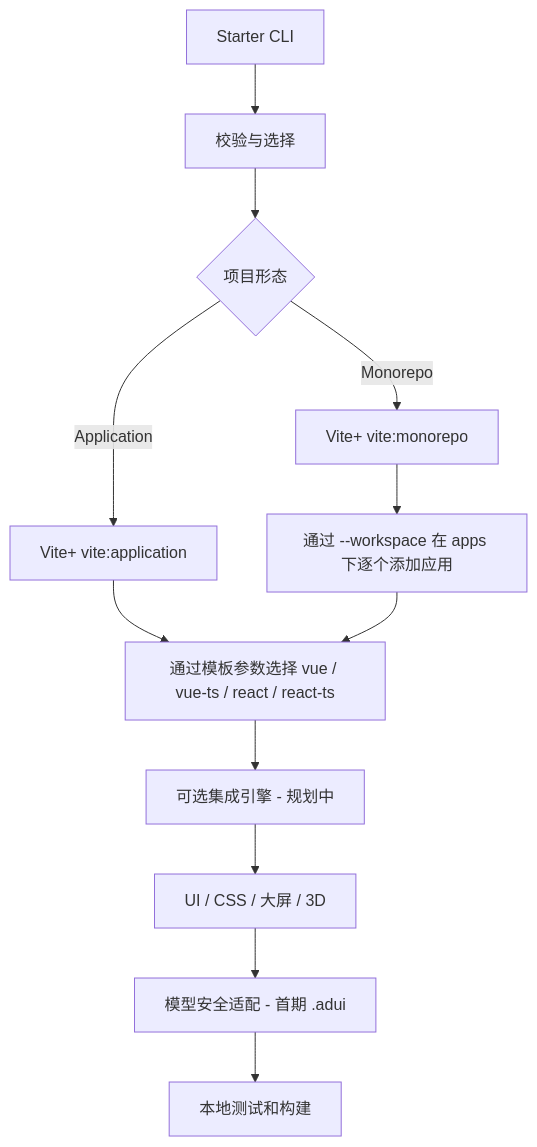
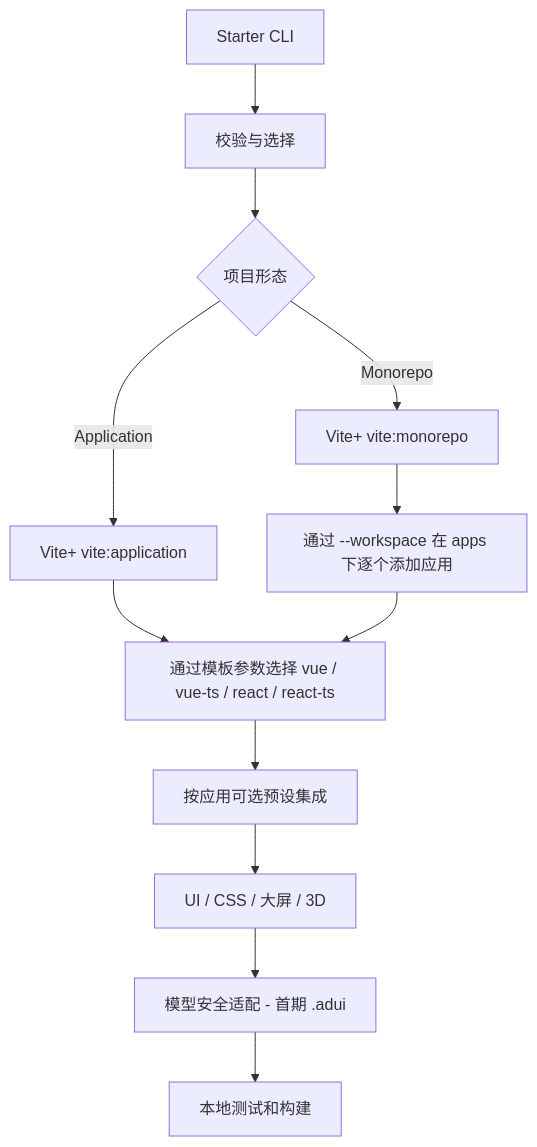
One commit to adui-dev/viteplus-starter changed the diagram in docs/ARCHITECTURE.md. Above: the diagram before and after it, drawn with Mermaid. The commit also changed other lines of this file and 9 other files, not shown here.

````diff
--- a/docs/ARCHITECTURE.md
+++ b/docs/ARCHITECTURE.md
@@ -7,14 +7,14 @@
 ```mermaid
 flowchart TD
   A[Starter CLI] --> B[校验与选择]
   B --> C{项目形态}
   C -->|Application| D[Vite+ vite:application]
   C -->|Monorepo| E[Vite+ vite:monorepo]
   D --> F[通过模板参数选择 vue / vue-ts / react / react-ts]
   E --> K[通过 --workspace 在 apps 下逐个添加应用]
   K --> F
-  F --> G[可选集成引擎 - 规划中]
+  F --> G[按应用可选预设集成]
   G --> H[UI / CSS / 大屏 / 3D]
   H --> I[模型安全适配 - 首期 .adui]
   I --> J[本地测试和构建]
 ```
````
